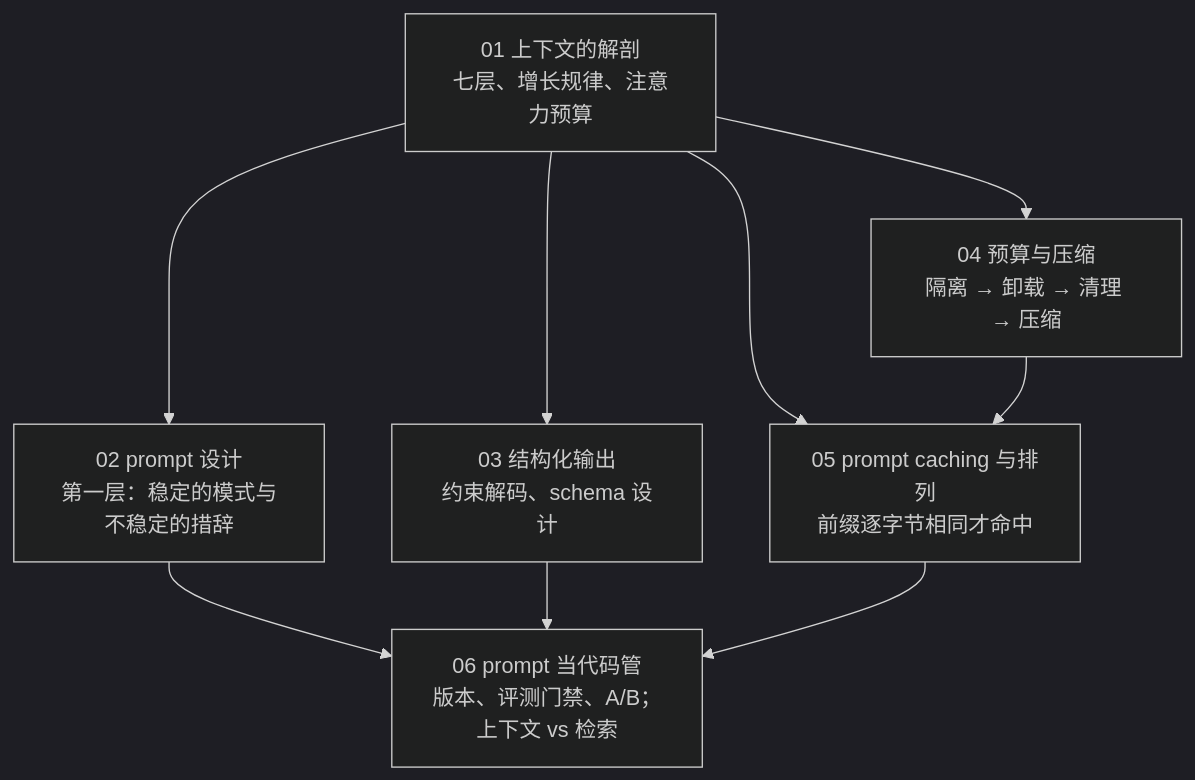
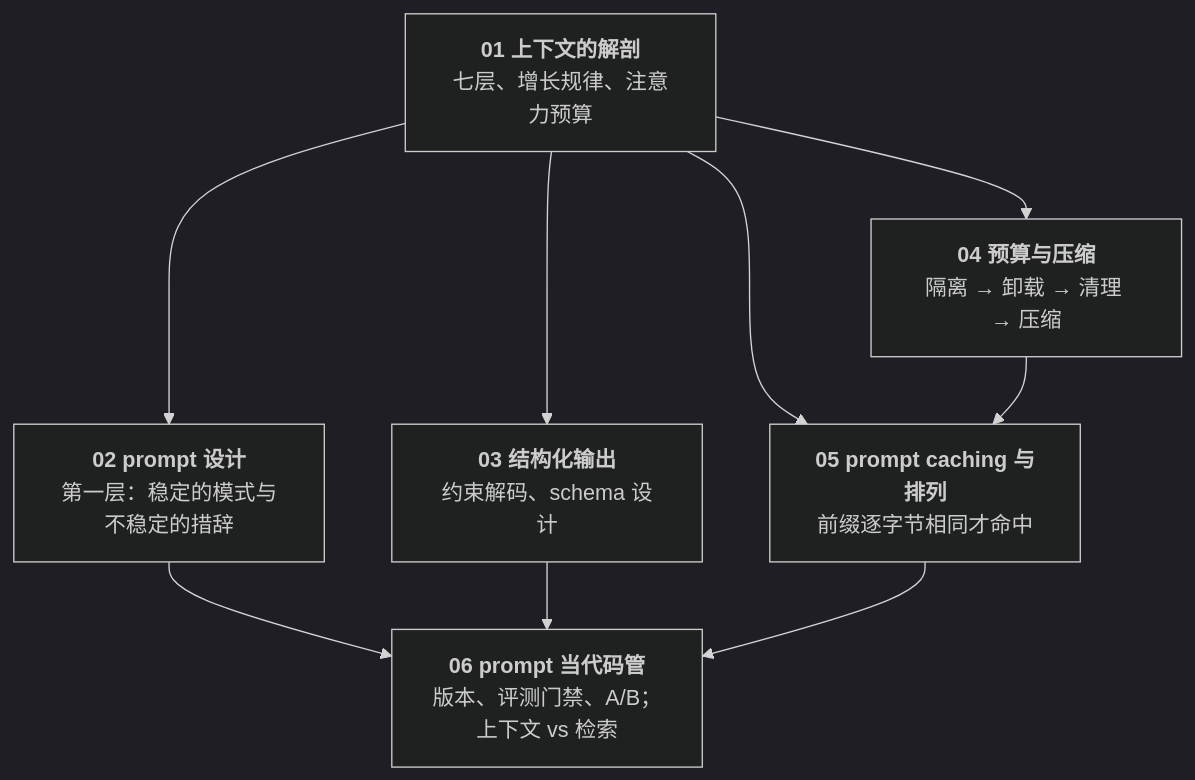
The first of 4 diagrams in _posts/2026-10-11-context-engineering-series-recap-and-self-test.md (arganzheng/arganzheng.github.com), drawn with Mermaid (dark theme) before and after one commit. The commit also changed other lines of this file and 6 other files, not shown here.

First line of the commit message:
Prompt 与上下文工程：模型这一步该看到什么：Mermaid 多行方框的首行标为标题（7 篇）

````diff
--- a/_posts/2026-10-11-context-engineering-series-recap-and-self-test.md
+++ b/_posts/2026-10-11-context-engineering-series-recap-and-self-test.md
@@ -19,11 +19,11 @@
 ```mermaid
 %%{init: {"flowchart": {"wrappingWidth": 170}}}%%
 %% 图：上下文工程全景：解剖七层 → 写第一层 → 约束输出 → 预算与压缩 → 缓存排列 → 当代码管
 flowchart TB
-    X1["01 上下文的解剖<br/>七层、增长规律、注意力预算"] --> X2["02 prompt 设计<br/>第一层：稳定的模式与不稳定的措辞"]
-    X1 --> X3["03 结构化输出<br/>约束解码、schema 设计"]
-    X1 --> X4["04 预算与压缩<br/>隔离 → 卸载 → 清理 → 压缩"]
-    X1 & X4 --> X5["05 prompt caching 与排列<br/>前缀逐字节相同才命中"]
-    X2 & X3 & X5 --> X6["06 prompt 当代码管<br/>版本、评测门禁、A/B；上下文 vs 检索"]
+    X1["<b>01 上下文的解剖</b><br/>七层、增长规律、注意力预算"] --> X2["<b>02 prompt 设计</b><br/>第一层：稳定的模式与不稳定的措辞"]
+    X1 --> X3["<b>03 结构化输出</b><br/>约束解码、schema 设计"]
+    X1 --> X4["<b>04 预算与压缩</b><br/>隔离 → 卸载 → 清理 → 压缩"]
+    X1 & X4 --> X5["<b>05 prompt caching 与排列</b><br/>前缀逐字节相同才命中"]
+    X2 & X3 & X5 --> X6["<b>06 prompt 当代码管</b><br/>版本、评测门禁、A/B；上下文 vs 检索"]
 
 ```
````
